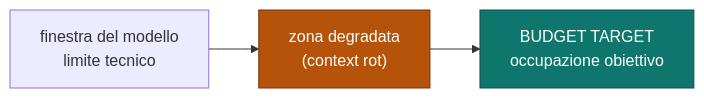
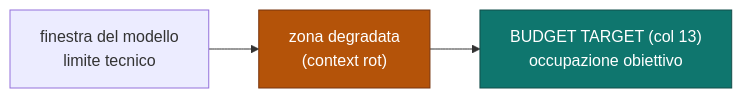
One commit to devfrx/daemon changed the second of 2 diagrams in docs/design/04-anelli-e-sensori.md. Above: the diagram before and after it, drawn with Mermaid. The commit also changed other lines of this file and 2 other files, not shown here.

First line of the commit message:
audit(2026-09-30): i diagrammi 04-06 dicono il vero di oggi, col segno (col N) su ciò che è deciso e non costruito

````diff
--- a/docs/design/04-anelli-e-sensori.md
+++ b/docs/design/04-anelli-e-sensori.md
@@ -83,10 +93,10 @@
 ```mermaid
 flowchart LR
     A["finestra del modello<br/>limite tecnico"] --> B["zona degradata<br/>(context rot)"]
-    B --> C["BUDGET TARGET<br/>occupazione obiettivo"]
+    B --> C["BUDGET TARGET (col 13)<br/>occupazione obiettivo"]
 
     classDef bad fill:#b45309,stroke:#78350f,color:#fff
     classDef good fill:#0f766e,stroke:#134e4a,color:#fff
     class B bad
     class C good
 ```
````
